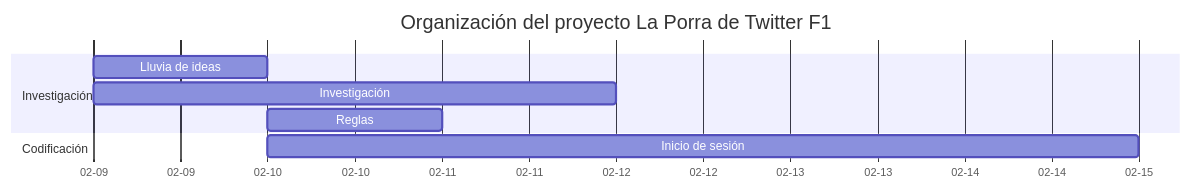
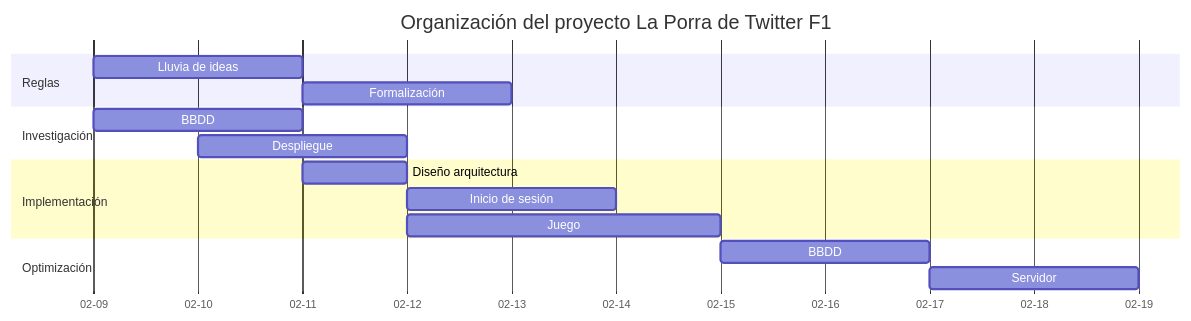
One commit to enriqueesanchz/enriqueesanchz.github.io changed the diagram in _posts/2023-02-25-Como-consegui-400-usuarios.md. Above: the diagram before and after it, drawn with Mermaid.

Commit message:
[Como consegui 400 usuarios] gantt 10 dias

````diff
--- a/_posts/2023-02-25-Como-consegui-400-usuarios.md
+++ b/_posts/2023-02-25-Como-consegui-400-usuarios.md
@@ -28,12 +28,23 @@
 ```mermaid
  gantt
   dateFormat  YYYY-MM-DD
   axisFormat %m-%d
   title  Organización del proyecto La Porra de Twitter F1
+  
+  section Reglas
+  Lluvia de ideas :a, 2022-02-09, 2d
+  Formalización :b, after a, 2d
+  
   section Investigación
-  Lluvia de ideas :a, 2022-02-09, 1d
-  Investigación :b, 2022-02-09, 3d
-  Reglas :c, 2022-02-10, 1d
-  section Codificación
-  Inicio de sesión :d, 2022-02-10, 5d
+  BBDD :c, 2022-02-09, 2d
+  Despliegue :e, 2022-02-10, 2d
+  
+  section Implementación
+  Diseño arquitectura :f, 2022-02-11, 1d
+  Inicio de sesión :d, after f, 2d
+  Juego :g, after f, 3d
+  
+  section Optimización
+  BBDD: h, 2022-02-15, 2d
+  Servidor: i, 2022-02-17, 2d
 ```
````
